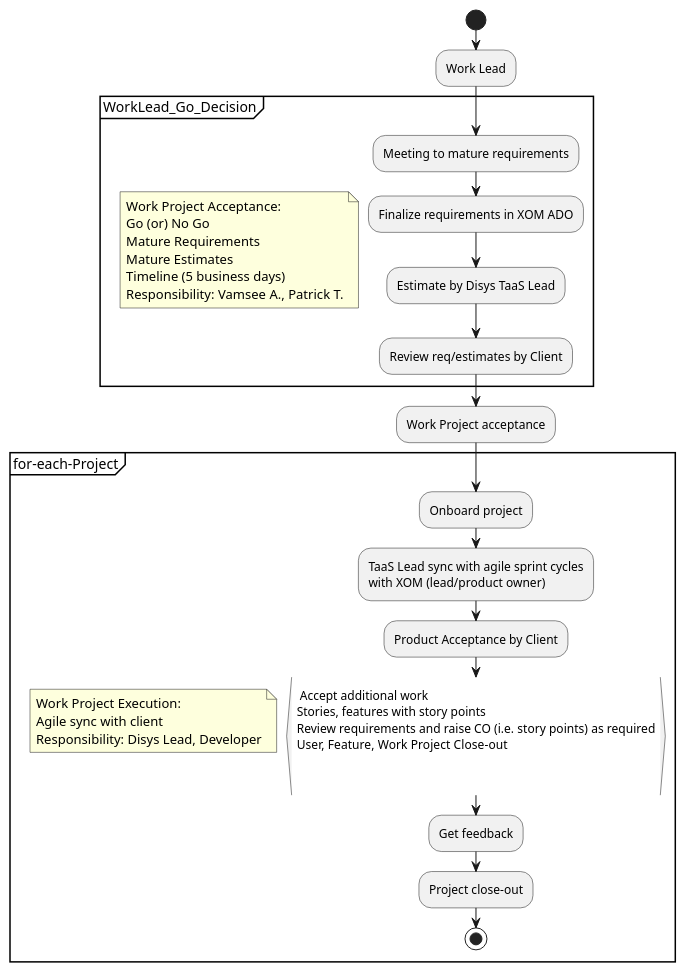
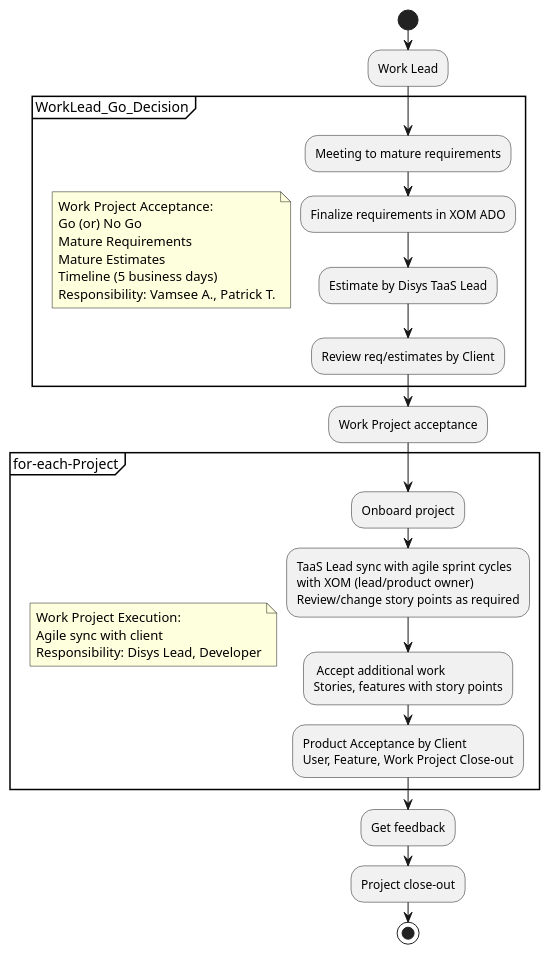
Before and after one commit to vamseeachanta/energy: the diagram in tools/puml/project_process_workflow.puml, drawn with PlantUML. The commit also changed 1 other file, not shown here.

```diff
--- a/tools/puml/project_process_workflow.puml
+++ b/tools/puml/project_process_workflow.puml
@@ -1,47 +1,47 @@
-@startuml
+@startuml project_process_workflow
 start
 :Work Lead;
 partition WorkLead_Go_Decision {
 
 note
     Work Project Acceptance:
     Go (or) No Go
     Mature Requirements
     Mature Estimates
     Timeline (5 business days)
     Responsibility: Vamsee A., Patrick T.
 end note
 
 :Meeting to mature requirements;
 :Finalize requirements in XOM ADO;
 :Estimate by Disys TaaS Lead;
 :Review req/estimates by Client;
 
 }
 
 :Work Project acceptance;
 
 partition for-each-Project {
 
 note
     Work Project Execution:
     Agile sync with client
     Responsibility: Disys Lead, Developer
 end note
 
 :Onboard project;
 :TaaS Lead sync with agile sprint cycles
-with XOM (lead/product owner);
-:Product Acceptance by Client;
+with XOM (lead/product owner)
+Review/change story points as required;
 : Accept additional work
-Stories, features with story points
-Review requirements and raise CO (i.e. story points) as required
-User, Feature, Work Project Close-out
+Stories, features with story points;
+:Product Acceptance by Client
+User, Feature, Work Project Close-out;
 
 }
 
 :Get feedback;
 :Project close-out;
 
 stop
 @enduml
```
